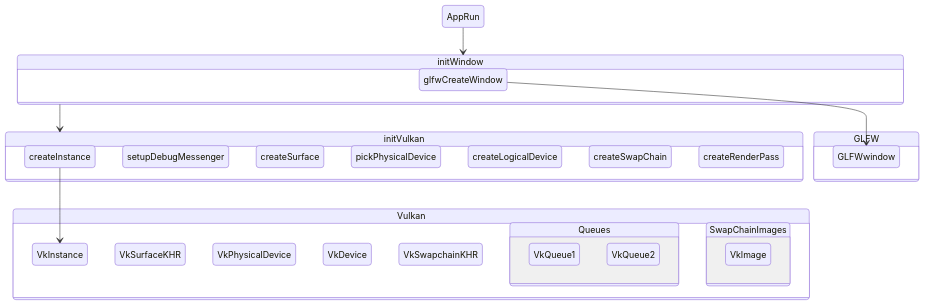
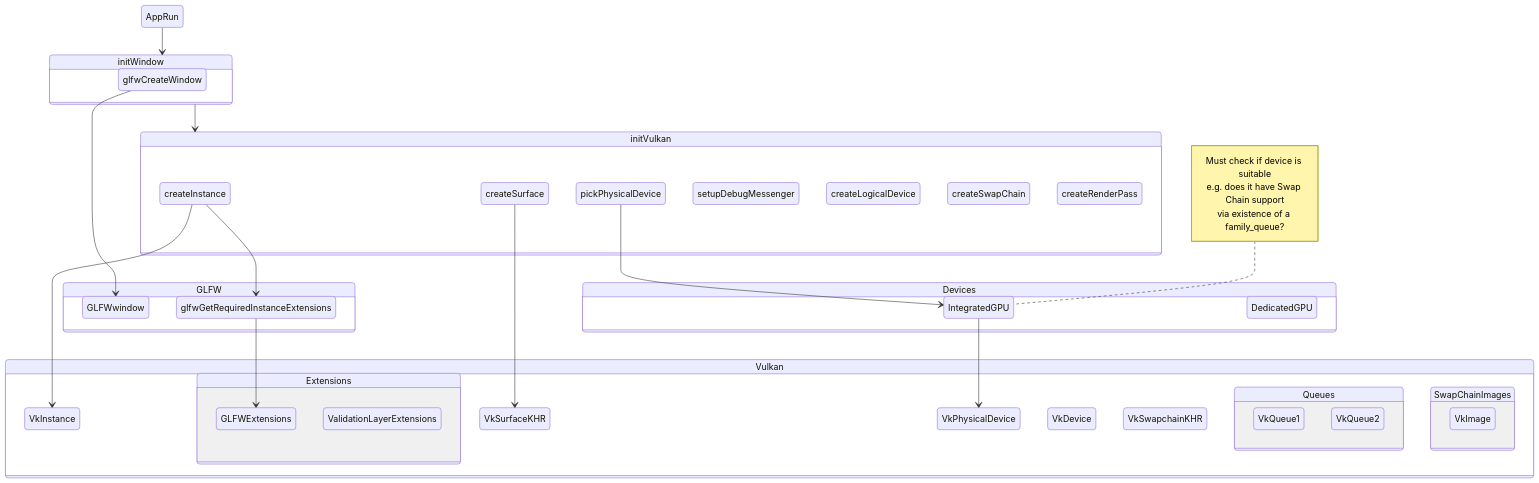
One commit to cvlvxi/gfx changed the diagram in cpp/docs/diagrams/diagram.md. Above: the diagram before and after it, drawn with Mermaid. The commit also changed 4 other files, not shown here.

````diff
--- a/cpp/docs/diagrams/diagram.md
+++ b/cpp/docs/diagrams/diagram.md
@@ -14,45 +14,75 @@
 ```mermaid
 
 
 stateDiagram-v2
 
     AppRun
     AppRun --> initWindow
+    initWindow --> initVulkan
+
+    %% Initialisation to Objects    
+    glfwCreateWindow --> GLFWwindow
+
+    %% Create Instance
     createInstance --> VkInstance
-    glfwCreateWindow --> GLFWwindow
-    initWindow --> initVulkan
+    createInstance --> glfwGetRequiredInstanceExtensions
+    glfwGetRequiredInstanceExtensions --> GLFWExtensions
+
+    %% Create Instance
+    createSurface --> VkSurfaceKHR
+    pickPhysicalDevice --> IntegratedGPU
+    IntegratedGPU --> VkPhysicalDevice
+    note left of IntegratedGPU
+        Must check if device is suitable
+        e.g. does it have Swap Chain support
+        via existence of a family_queue? 
+    end note
 
     state initWindow {
         glfwCreateWindow
     }
 
     state initVulkan {
         createInstance
         setupDebugMessenger
         createSurface
         pickPhysicalDevice
         createLogicalDevice
         createSwapChain
         createRenderPass
+    }
+
+    state Devices {
+        IntegratedGPU
+        DedicatedGPU
     }
 
     state Vulkan {
         VkInstance
         VkSurfaceKHR
         VkPhysicalDevice
         VkDevice
         VkSwapchainKHR
 
         state Queues {
             VkQueue1
             VkQueue2
         }
         state SwapChainImages {
             VkImage
         }
+
+        state Extensions {
+            GLFWExtensions
+            ValidationLayerExtensions
+
+        }
     }
 
     state GLFW {
         GLFWwindow
+        glfwGetRequiredInstanceExtensions
+
+        
     }
 ```
````
